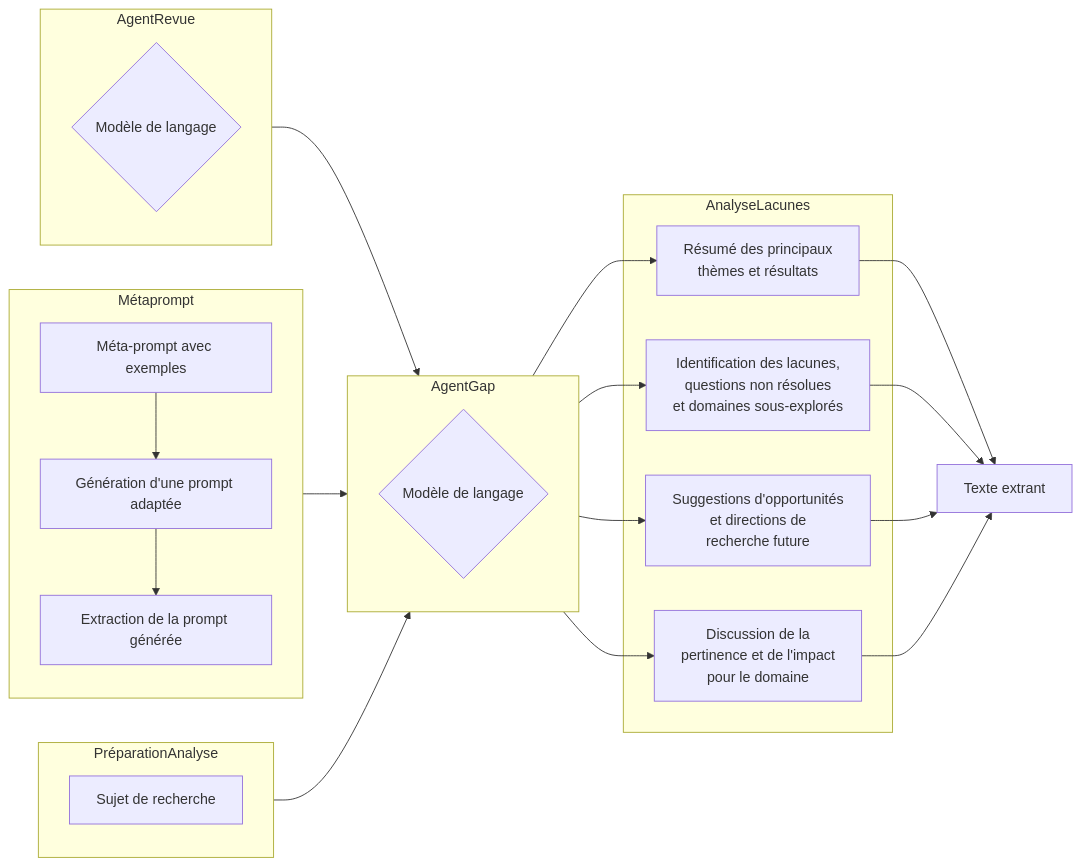
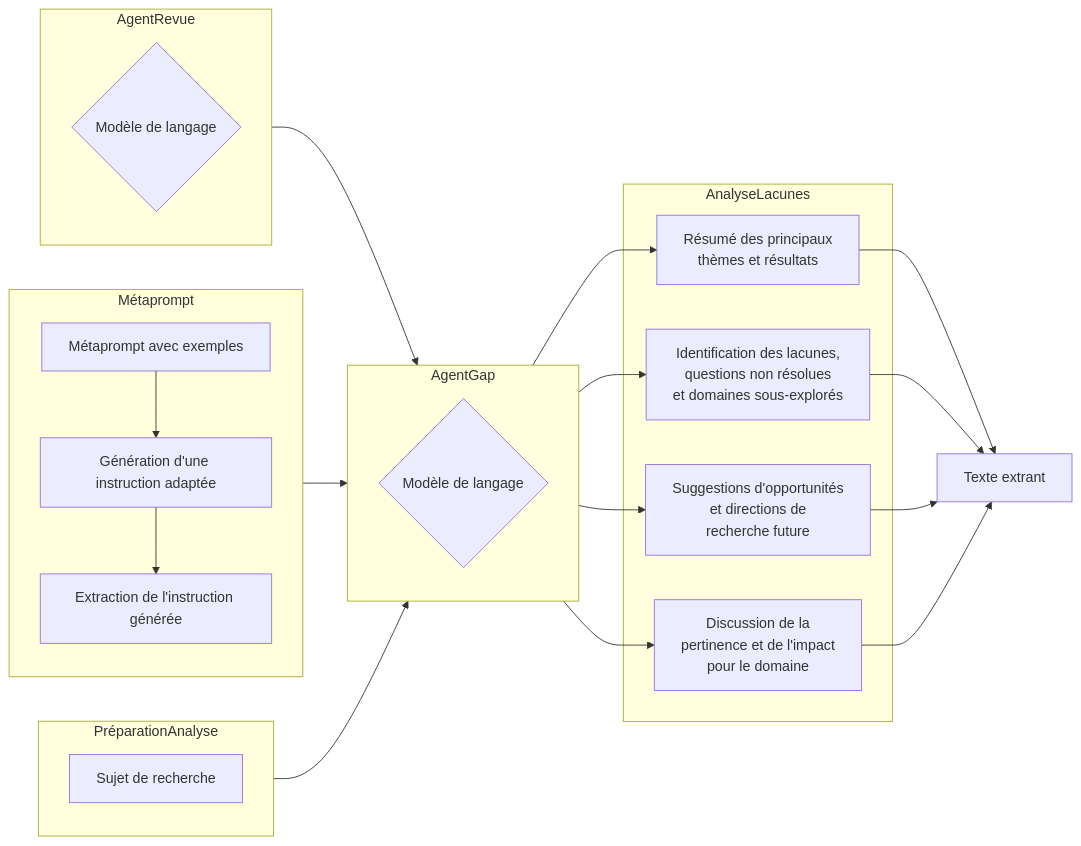
One commit to moblangeois/blangeois-irafpa-2024 changed the diagram in agents/gapgraph.mermaid. Above: the diagram before and after it, drawn with Mermaid.

```diff
--- a/agents/gapgraph.mermaid
+++ b/agents/gapgraph.mermaid
@@ -1,40 +1,40 @@
 graph LR
 subgraph PréparationAnalyse
     A[Sujet de recherche] 
 end
 
 subgraph AgentGap
 C{Modèle de langage} 
 end
 
 subgraph AgentRevue
 O{Modèle de langage} 
 end
 
 AgentRevue --> AgentGap
 
 subgraph Métaprompt
-    D[Méta-prompt avec exemples] --> E
-    E[Génération d'une prompt adaptée] --> F
-    F[Extraction de la prompt générée]  
+    D[Métaprompt avec exemples] --> E
+    E[Génération d'une instruction adaptée] --> F
+    F[Extraction de l'instruction générée]  
 end
 
 Métaprompt --> AgentGap
 PréparationAnalyse --> AgentGap
 
 subgraph AnalyseLacunes
 G[Résumé des principaux<br>thèmes et résultats] 
 H[Identification des lacunes,<br>questions non résolues<br>et domaines sous-explorés]
 I[Suggestions d'opportunités<br>et directions de<br>recherche future] 
 J[Discussion de la<br>pertinence et de l'impact<br>pour le domaine]
 end
 
 G --> K[Texte extrant]
 H --> K 
 I --> K
 J --> K
 
 AgentGap --> G
 AgentGap --> H
 AgentGap --> I
 AgentGap --> J
```
